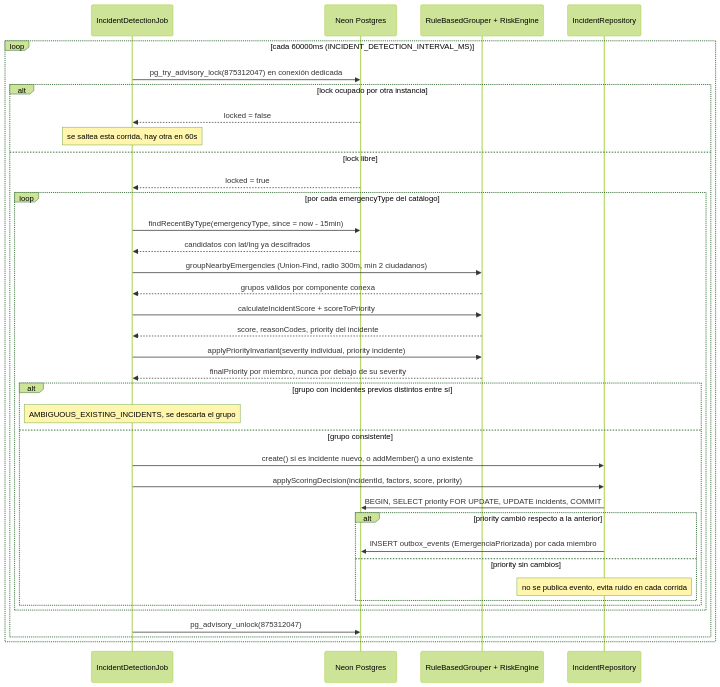
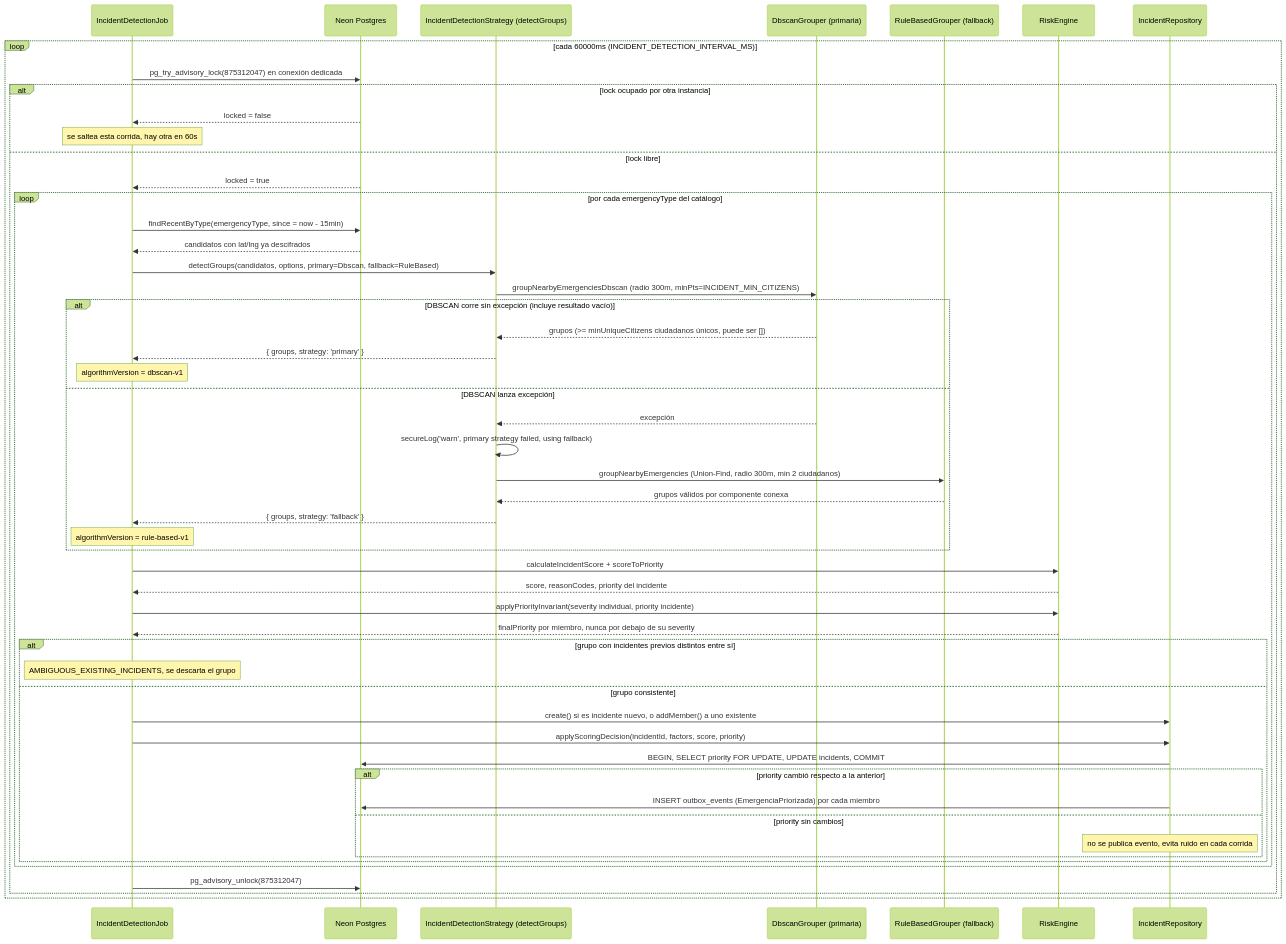
The fourth of 4 diagrams in docs/diagramas/05-secuencias.md (G6D2/emergencias-backend), drawn with Mermaid (forest theme) before and after one commit. The commit also changed other lines of this file and 4 other files, not shown here.

First line of the commit message:
docs: actualizar diagramas con DbscanGrouper e IncidentDetectionStrategy (#51)

````diff
--- a/docs/diagramas/05-secuencias.md
+++ b/docs/diagramas/05-secuencias.md
@@ -135,40 +135,55 @@
 ```mermaid
 sequenceDiagram
     participant Job as IncidentDetectionJob
     participant DB as Neon Postgres
-    participant Rules as RuleBasedGrouper + RiskEngine
+    participant Strategy as IncidentDetectionStrategy (detectGroups)
+    participant Dbscan as DbscanGrouper (primaria)
+    participant RuleBased as RuleBasedGrouper (fallback)
+    participant Rules as RiskEngine
     participant Repo as IncidentRepository
 
     loop cada 60000ms (INCIDENT_DETECTION_INTERVAL_MS)
         Job->>DB: pg_try_advisory_lock(875312047) en conexión dedicada
         alt lock ocupado por otra instancia
             DB-->>Job: locked = false
             Note over Job: se saltea esta corrida, hay otra en 60s
         else lock libre
             DB-->>Job: locked = true
             loop por cada emergencyType del catálogo
                 Job->>DB: findRecentByType(emergencyType, since = now - 15min)
                 DB-->>Job: candidatos con lat/lng ya descifrados
-                Job->>Rules: groupNearbyEmergencies (Union-Find, radio 300m, min 2 ciudadanos)
-                Rules-->>Job: grupos válidos por componente conexa
+                Job->>Strategy: detectGroups(candidatos, options, primary=Dbscan, fallback=RuleBased)
+                Strategy->>Dbscan: groupNearbyEmergenciesDbscan (radio 300m, minPts=INCIDENT_MIN_CITIZENS)
+                alt DBSCAN corre sin excepción (incluye resultado vacío)
+                    Dbscan-->>Strategy: grupos (>= minUniqueCitizens ciudadanos únicos, puede ser [])
+                    Strategy-->>Job: { groups, strategy: 'primary' }
+                    Note over Job: algorithmVersion = dbscan-v1
+                else DBSCAN lanza excepción
+                    Dbscan-->>Strategy: excepción
+                    Strategy->>Strategy: secureLog('warn', primary strategy failed, using fallback)
+                    Strategy->>RuleBased: groupNearbyEmergencies (Union-Find, radio 300m, min 2 ciudadanos)
+                    RuleBased-->>Strategy: grupos válidos por componente conexa
+                    Strategy-->>Job: { groups, strategy: 'fallback' }
+                    Note over Job: algorithmVersion = rule-based-v1
+                end
                 Job->>Rules: calculateIncidentScore + scoreToPriority
                 Rules-->>Job: score, reasonCodes, priority del incidente
                 Job->>Rules: applyPriorityInvariant(severity individual, priority incidente)
                 Rules-->>Job: finalPriority por miembro, nunca por debajo de su severity
                 alt grupo con incidentes previos distintos entre sí
                     Note over Job: AMBIGUOUS_EXISTING_INCIDENTS, se descarta el grupo
                 else grupo consistente
                     Job->>Repo: create() si es incidente nuevo, o addMember() a uno existente
                     Job->>Repo: applyScoringDecision(incidentId, factors, score, priority)
                     Repo->>DB: BEGIN, SELECT priority FOR UPDATE, UPDATE incidents, COMMIT
                     alt priority cambió respecto a la anterior
                         Repo->>DB: INSERT outbox_events (EmergenciaPriorizada) por cada miembro
                     else priority sin cambios
                         Note over Repo: no se publica evento, evita ruido en cada corrida
                     end
                 end
             end
             Job->>DB: pg_advisory_unlock(875312047)
         end
     end
 ```
````
